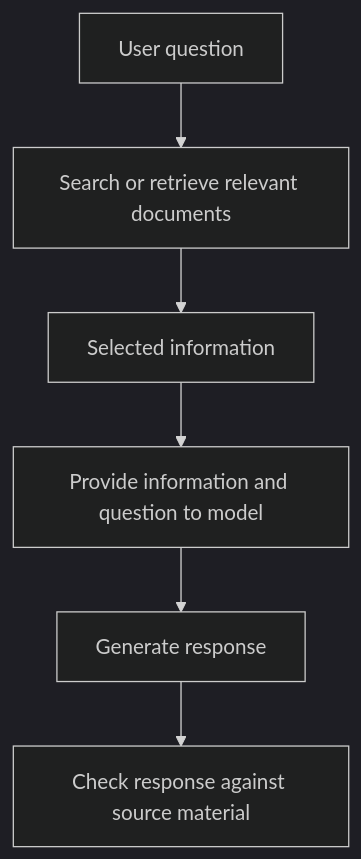
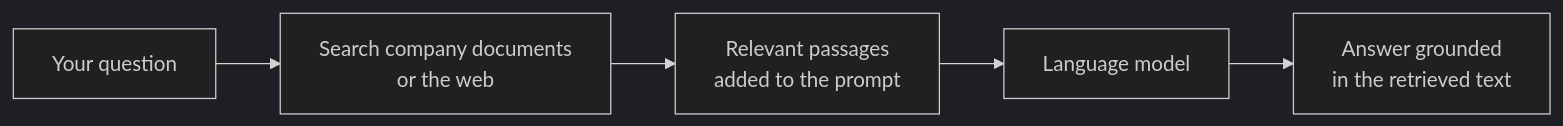
One commit to benngiiii/BABI-GULING changed the third of 4 diagrams in Main/study-guide/V2.0/chapter-3-how-artificial-intelligence-works/how-artificial-intelligence-works.md. Above: the diagram before and after it, drawn with Mermaid (dark theme). The commit also changed other lines of this file and 56 other files, not shown here.

````diff
--- a/Main/study-guide/V2.0/chapter-3-how-artificial-intelligence-works/how-artificial-intelligence-works.md
+++ b/Main/study-guide/V2.0/chapter-3-how-artificial-intelligence-works/how-artificial-intelligence-works.md
@@ -1005,11 +466,9 @@
 ```mermaid
-flowchart TD
-    A["User question"]
-    B["Search or retrieve relevant documents"]
-    C["Selected information"]
-    D["Provide information and question to model"]
-    E["Generate response"]
-    F["Check response against source material"]
-
-    A --> B --> C --> D --> E --> F
+flowchart LR
+    Q["Your question"]
+    R["Search company documents<br/>or the web"]
+    P["Relevant passages<br/>added to the prompt"]
+    M["Language model"]
+    A["Answer grounded<br/>in the retrieved text"]
+    Q --> R --> P --> M --> A
 ```
````
